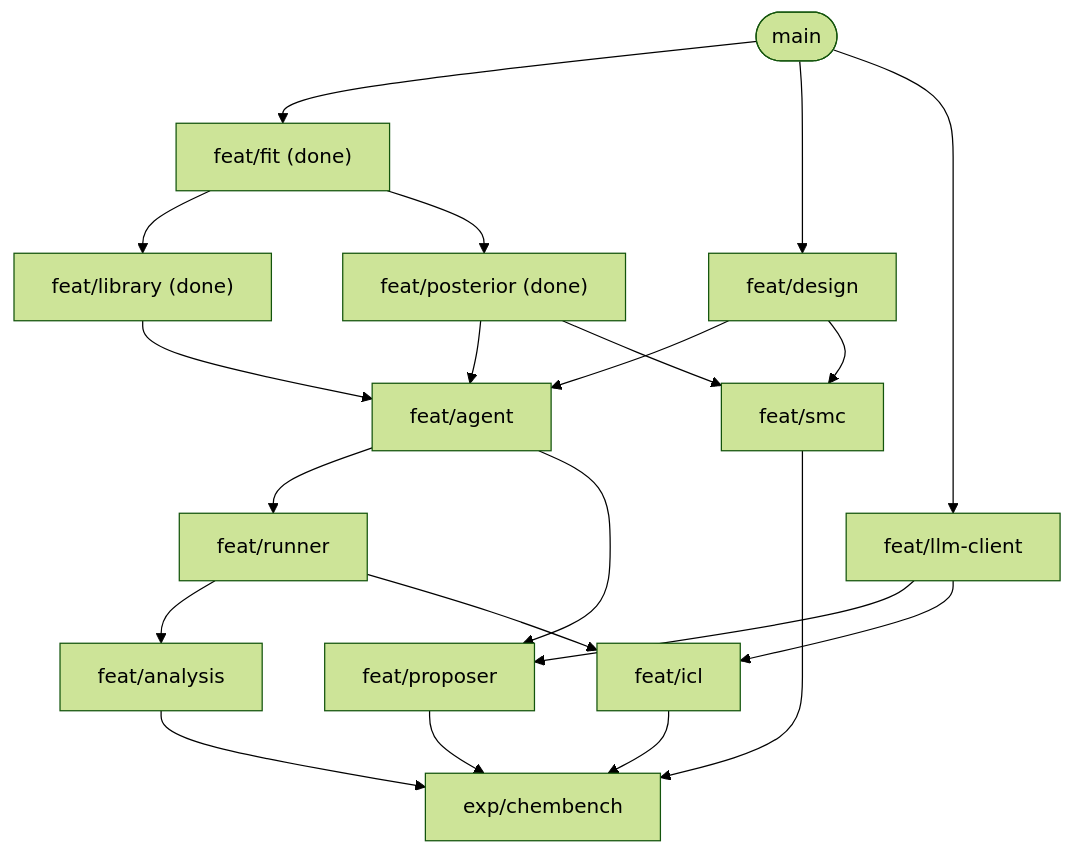
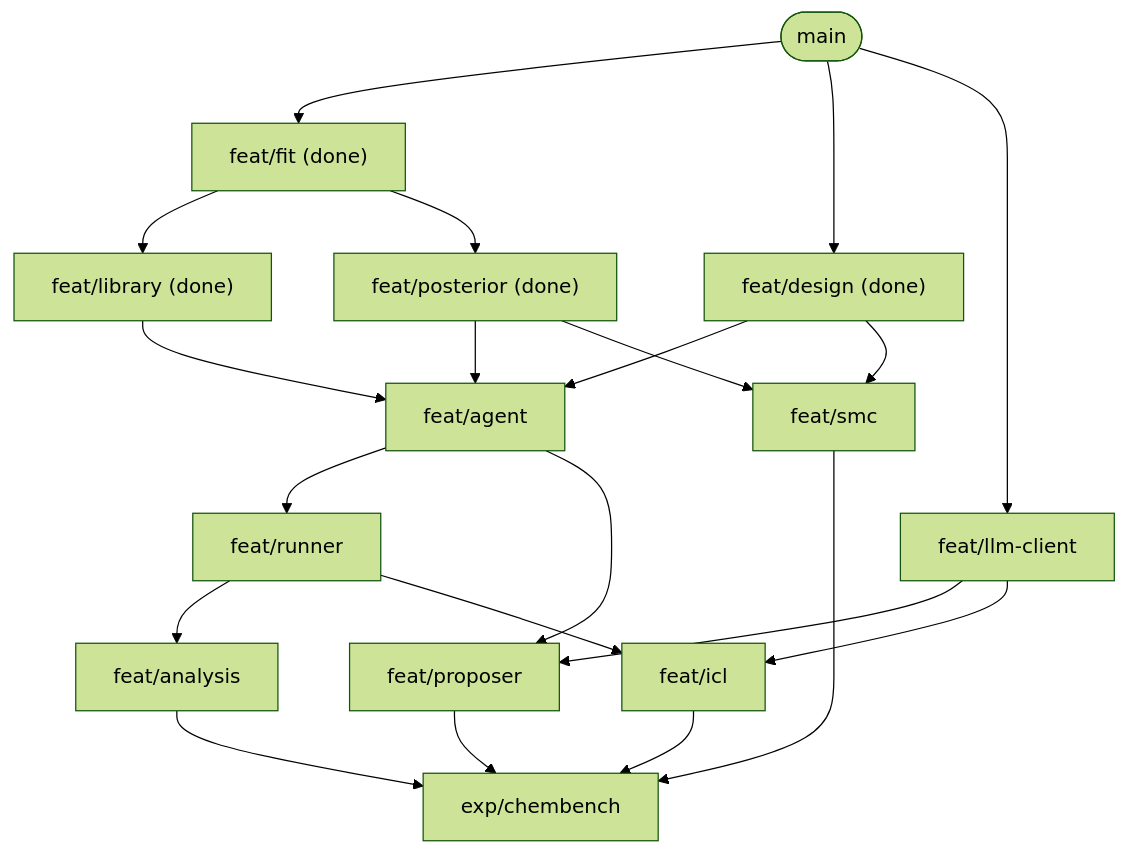
Before and after one commit to yuta0no/mda-impl: the second of 2 diagrams in docs/blueprint.md, drawn with Mermaid (forest theme). The commit also changed other lines of this file and 6 other files, not shown here.

````diff
--- a/docs/blueprint.md
+++ b/docs/blueprint.md
@@ -72,23 +72,23 @@
 ```mermaid
 flowchart TD
     main(["main"]) --> fit["feat/fit (done)"]
     fit --> library["feat/library (done)"]
     fit --> posterior["feat/posterior (done)"]
-    main --> design["feat/design"]
+    main --> design["feat/design (done)"]
     main --> llmc["feat/llm-client"]
     library --> agent["feat/agent"]
     posterior --> agent
     design --> agent
     agent --> runner["feat/runner"]
     agent --> proposer["feat/proposer"]
     llmc --> proposer
     runner --> analysis["feat/analysis"]
     runner --> icl["feat/icl"]
     llmc --> icl
     posterior --> smc["feat/smc"]
     design --> smc
     proposer --> exp["exp/chembench"]
     analysis --> exp
     icl --> exp
     smc --> exp
 ```
````
